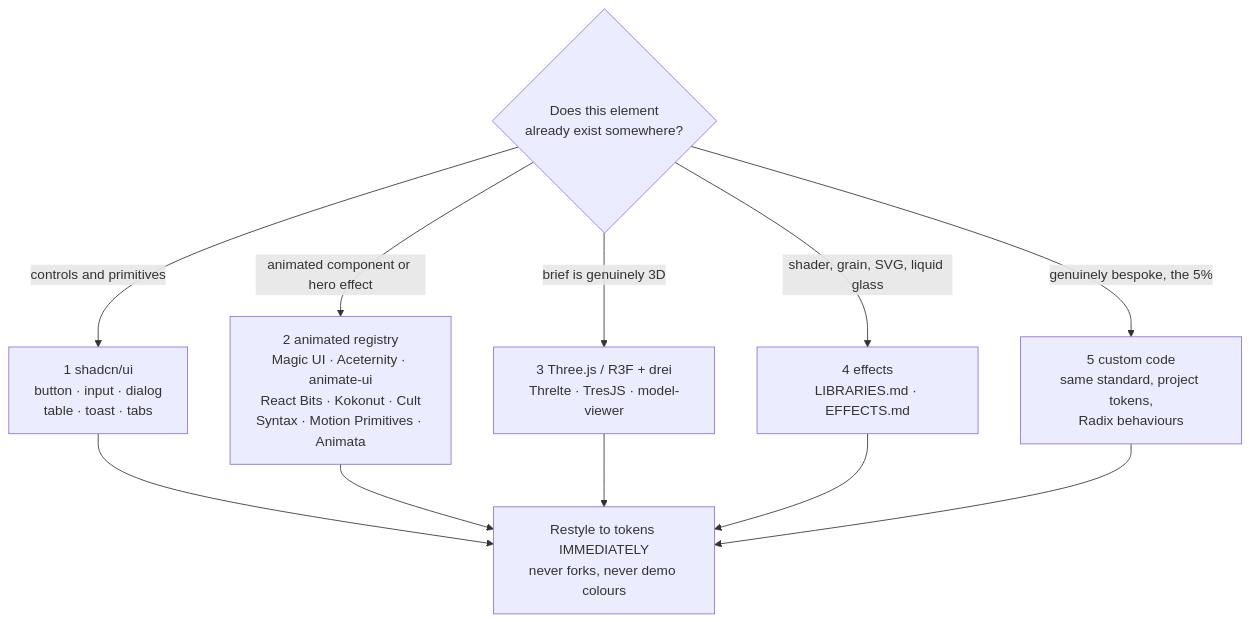
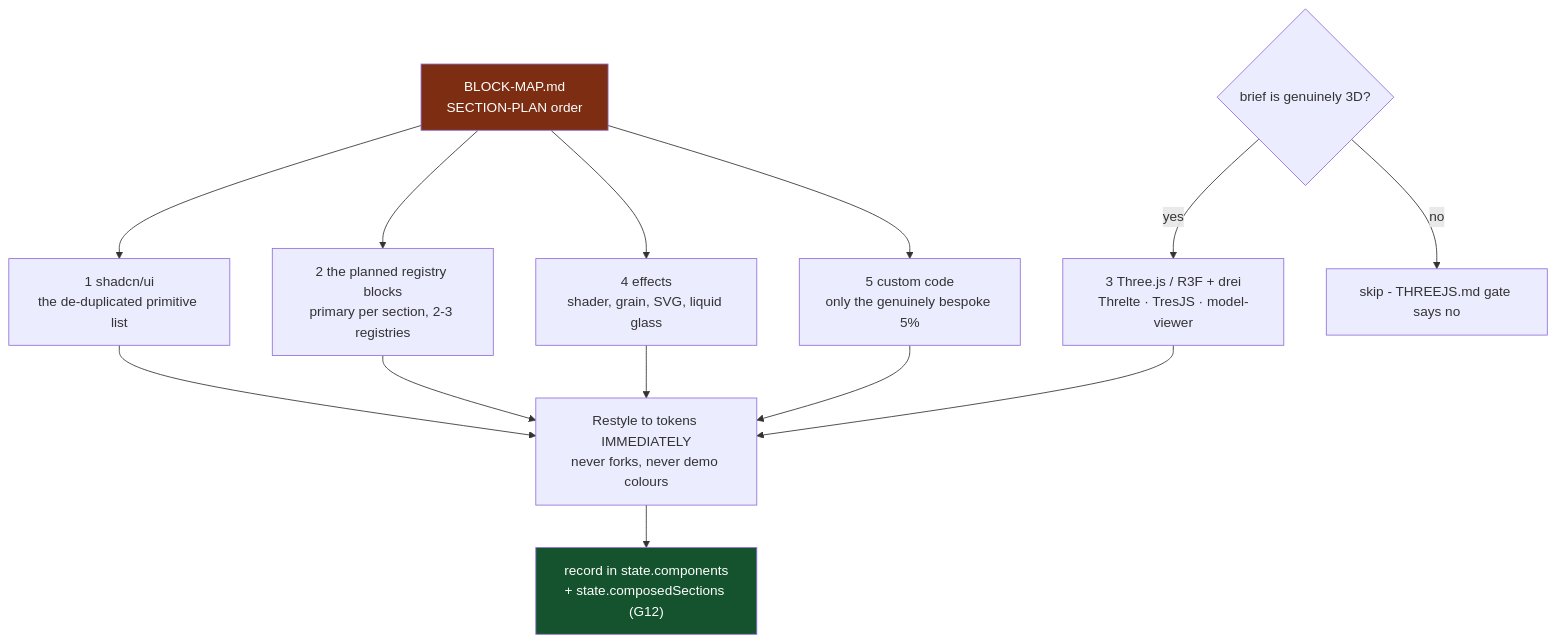
One commit to Jeetaksh25/AgentSkills changed the fourth of 6 diagrams in beyond-ui/README.md. Above: the diagram before and after it, drawn with Mermaid. The commit also changed other lines of this file and 24 other files, not shown here.

````diff
--- a/beyond-ui/README.md
+++ b/beyond-ui/README.md
@@ -242,13 +271,18 @@
 ```mermaid
 flowchart TD
-    Q{"Does this element<br/>already exist somewhere?"} -->|controls and primitives| S["1 shadcn/ui<br/>button · input · dialog<br/>table · toast · tabs"]
-    Q -->|animated component or hero effect| R["2 animated registry<br/>Magic UI · Aceternity · animate-ui<br/>React Bits · Kokonut · Cult<br/>Syntax · Motion Primitives · Animata"]
-    Q -->|brief is genuinely 3D| T["3 Three.js / R3F + drei<br/>Threlte · TresJS · model-viewer"]
-    Q -->|shader, grain, SVG, liquid glass| E["4 effects<br/>LIBRARIES.md · EFFECTS.md"]
-    Q -->|genuinely bespoke, the 5%| C["5 custom code<br/>same standard, project tokens,<br/>Radix behaviours"]
+    P["BLOCK-MAP.md<br/>SECTION-PLAN order"] --> S["1 shadcn/ui<br/>the de-duplicated primitive list"]
+    P --> R["2 the planned registry blocks<br/>primary per section, 2-3 registries"]
+    Q{"brief is genuinely 3D?"} -->|yes| T["3 Three.js / R3F + drei<br/>Threlte · TresJS · model-viewer"]
+    Q -->|no| X["skip - THREEJS.md gate says no"]
+    P --> E["4 effects<br/>shader, grain, SVG, liquid glass"]
+    P --> C["5 custom code<br/>only the genuinely bespoke 5%"]
     S --> RS["Restyle to tokens IMMEDIATELY<br/>never forks, never demo colours"]
     R --> RS
     T --> RS
     E --> RS
     C --> RS
+    RS --> REC["record in state.components<br/>+ state.composedSections (G12)"]
+
+    style P fill:#7c2d12,color:#fff
+    style REC fill:#14532d,color:#fff
 ```
````
